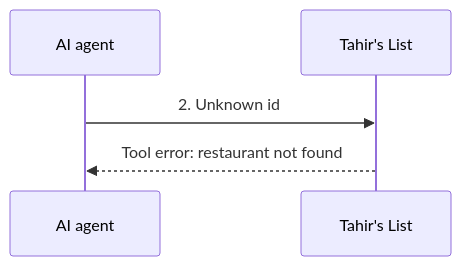
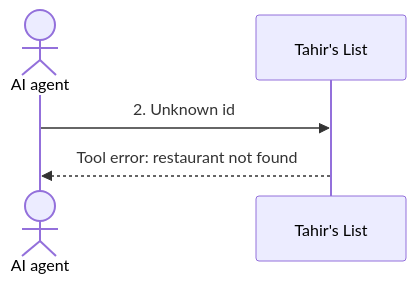
One commit to Losers-Lab/tahirs-list changed the fourth of 5 diagrams in docs/features/SC-209/04-blackbox/UC-02-view-restaurant.md. Above: the diagram before and after it, drawn with Mermaid. The commit also changed other lines of this file and 3 other files, not shown here.

Commit message:
[SC-209] Use actor and database symbols in sequences

````diff
--- a/docs/features/SC-209/04-blackbox/UC-02-view-restaurant.md
+++ b/docs/features/SC-209/04-blackbox/UC-02-view-restaurant.md
@@ -43,7 +43,7 @@
 ```mermaid
 sequenceDiagram
-    participant AG as AI agent
+    actor AG as AI agent
     participant TL as Tahir's List
     AG->>TL: 2. Unknown id
     TL-->>AG: Tool error: restaurant not found
 ```
````
